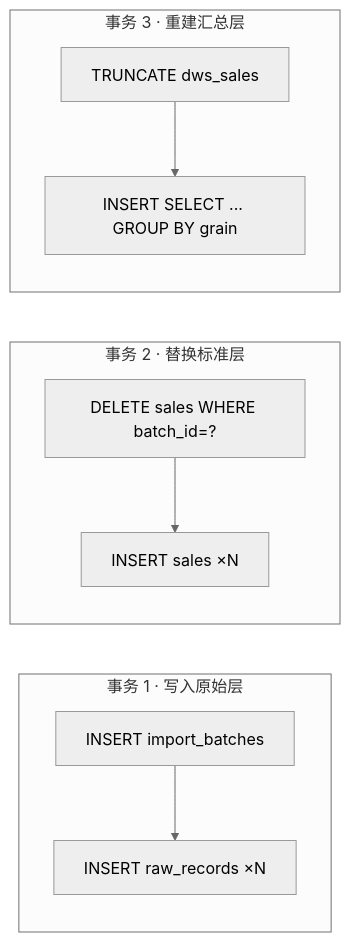
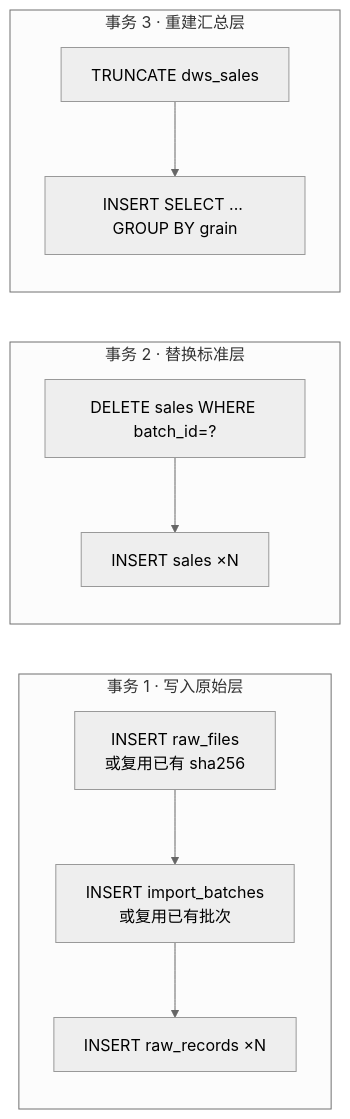
The fifth of 7 diagrams in docs/architecture.md (huql0605/pygo_product_manage_partform), drawn with Mermaid (neutral theme) before and after one commit. The commit also changed other lines of this file and 5 other files, not shown here.

````diff
--- a/docs/architecture.md
+++ b/docs/architecture.md
@@ -196,12 +236,13 @@
 ```mermaid
 flowchart LR
     subgraph TX1["事务 1 · 写入原始层"]
-        A1["INSERT import_batches"] --> A2["INSERT raw_records ×N"]
+        A1["INSERT raw_files<br/>或复用已有 sha256"] --> A2["INSERT import_batches<br/>或复用已有批次"]
+        A2 --> A3["INSERT raw_records ×N"]
     end
     subgraph TX2["事务 2 · 替换标准层"]
         B1["DELETE sales WHERE batch_id=?"] --> B2["INSERT sales ×N"]
     end
     subgraph TX3["事务 3 · 重建汇总层"]
         C1["TRUNCATE dws_sales"] --> C2["INSERT SELECT ... GROUP BY grain"]
     end
 ```
````
